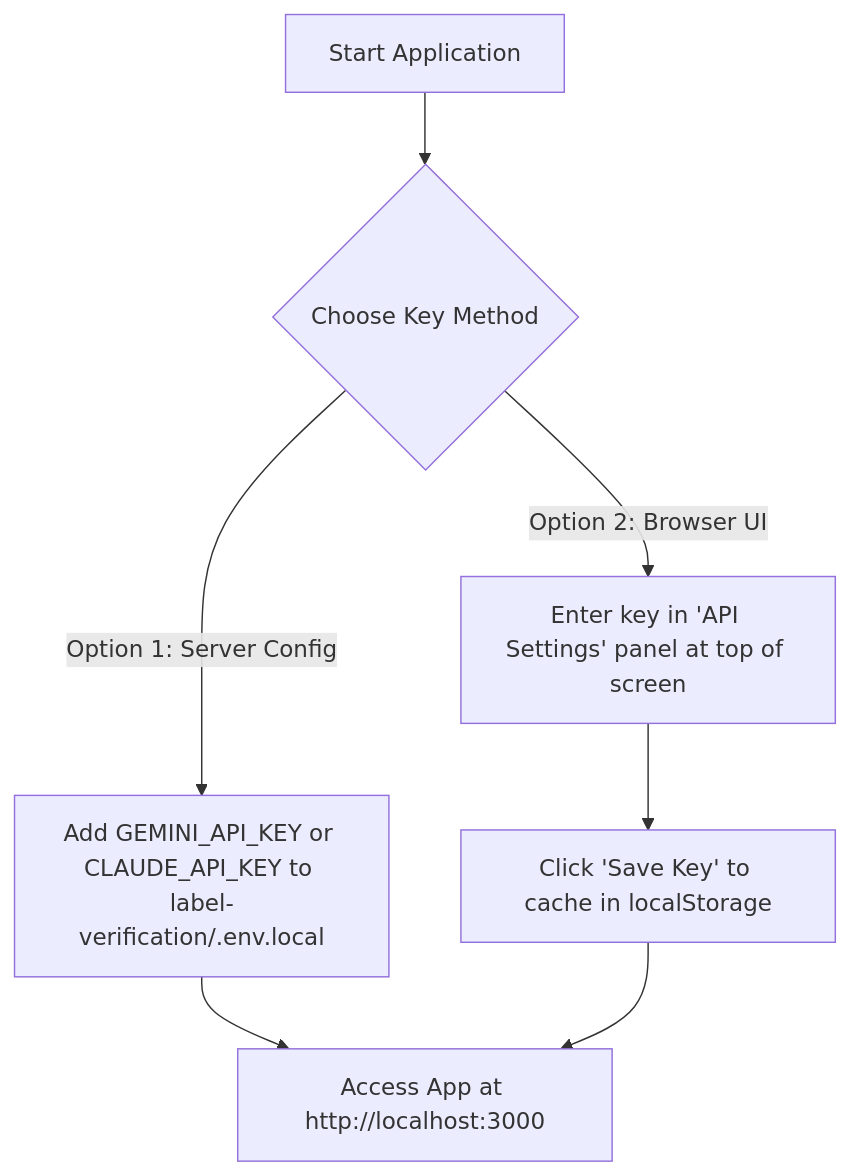
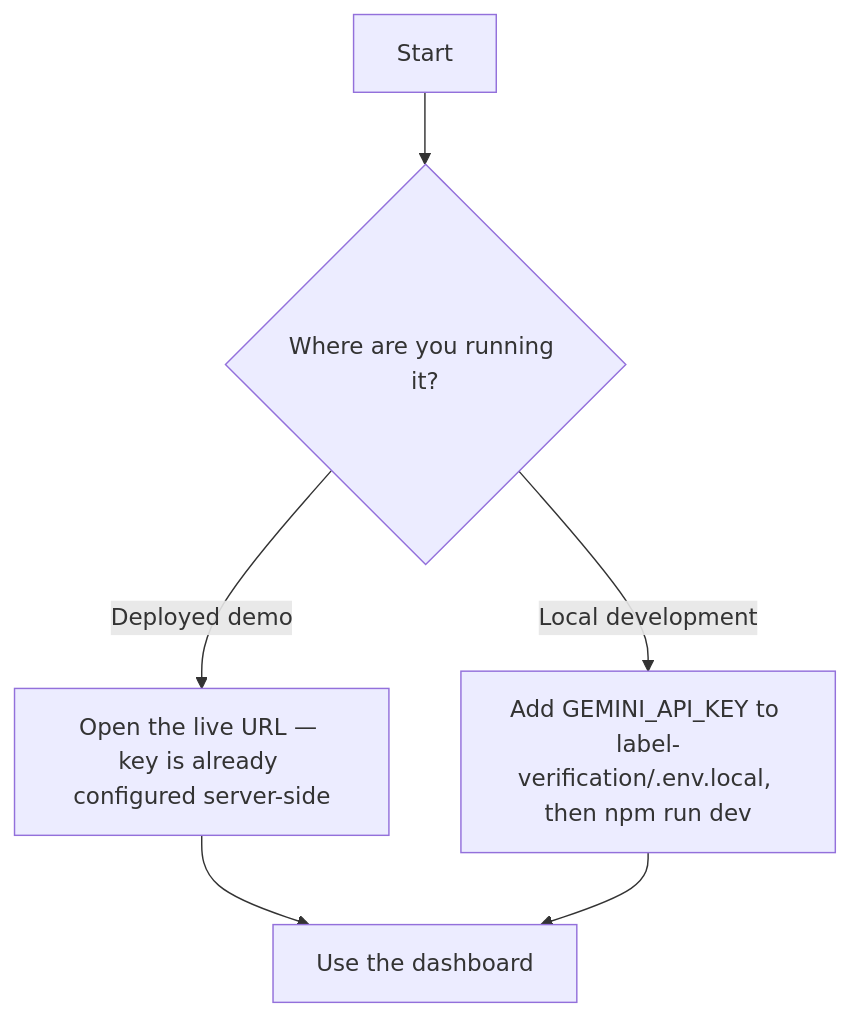
Before and after one commit to Duraman3444/TreasuryTakeHomeExam: the first of 4 diagrams in USER_GUIDE.md, drawn with Mermaid. The commit also changed other lines of this file and 3 other files, not shown here.

First line of the commit message:
Docs: fix deployed URL and remove references to deleted Settings Panel

````diff
--- a/USER_GUIDE.md
+++ b/USER_GUIDE.md
@@ -11,9 +11,8 @@
 ```mermaid
 flowchart TD
-    A[Start Application] --> B{Choose Key Method}
-    B -->|Option 1: Server Config| C[Add GEMINI_API_KEY or CLAUDE_API_KEY to label-verification/.env.local]
-    B -->|Option 2: Browser UI| D[Enter key in 'API Settings' panel at top of screen]
-    D --> E[Click 'Save Key' to cache in localStorage]
-    C --> F[Access App at http://localhost:3000]
-    E --> F
+    A[Start] --> B{Where are you running it?}
+    B -->|Deployed demo| C[Open the live URL — key is already configured server-side]
+    B -->|Local development| D[Add GEMINI_API_KEY to label-verification/.env.local, then npm run dev]
+    C --> F[Use the dashboard]
+    D --> F
 ```
````
